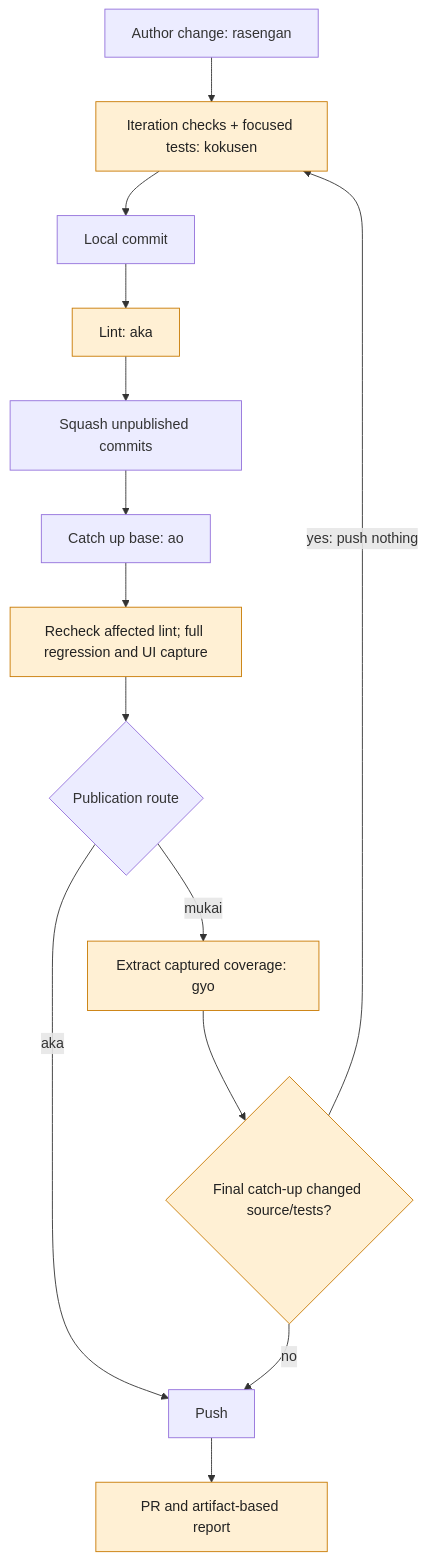
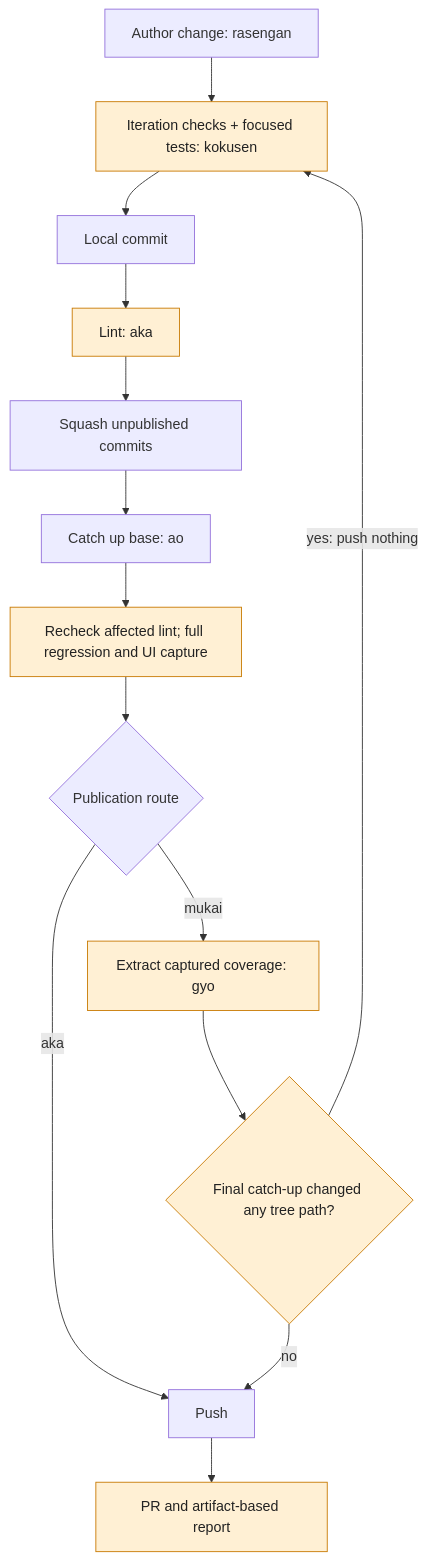
Before and after one commit to zheref/hatsu: the first of 3 diagrams in docs/Loop/hatsu-48-49-nen-204/flow-changes.md, drawn with Mermaid. The commit also changed other lines of this file and 46 other files, not shown here.

````diff
--- a/docs/Loop/hatsu-48-49-nen-204/flow-changes.md
+++ b/docs/Loop/hatsu-48-49-nen-204/flow-changes.md
@@ -25,18 +25,18 @@
 ```mermaid
 flowchart TD
   A[Author change: rasengan] --> B[Iteration checks + focused tests: kokusen]
   B --> C[Local commit]
   C --> D[Lint: aka]
   D --> E[Squash unpublished commits]
   E --> F[Catch up base: ao]
   F --> G[Recheck affected lint; full regression and UI capture]
   G --> H{Publication route}
   H -->|aka| I[Push]
   H -->|mukai| J[Extract captured coverage: gyo]
-  J --> K{Final catch-up changed source/tests?}
+  J --> K{Final catch-up changed any tree path?}
   K -->|yes: push nothing| B
   K -->|no| I
   I --> L[PR and artifact-based report]
   classDef changed fill:#fff0d4,stroke:#c87900,color:#222
   class B,D,G,J,K,L changed
 ```
````
